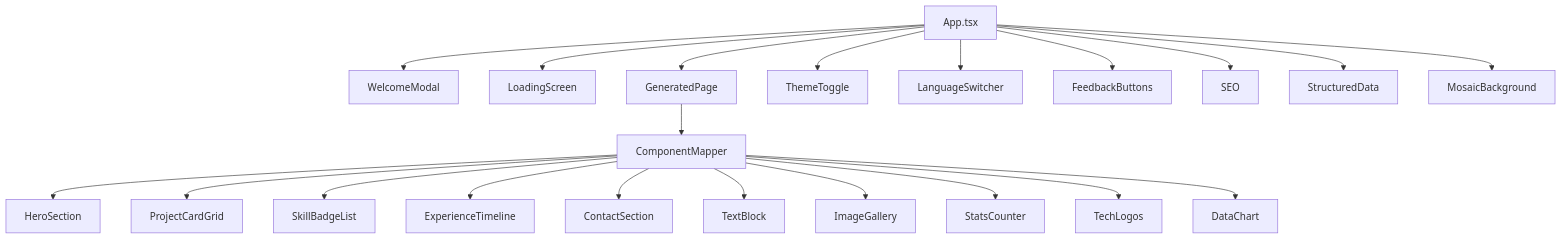
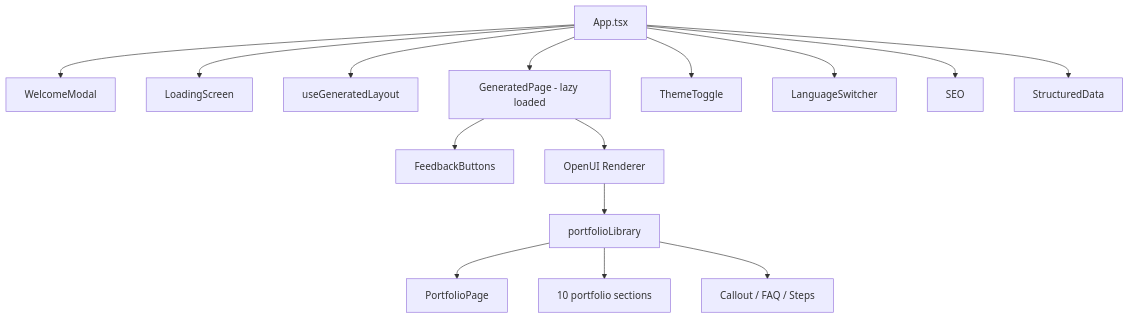
One commit to uetuluk/uetuluk-portfolio changed the third of 4 diagrams in ARCHITECTURE.md. Above: the diagram before and after it, drawn with Mermaid. The commit also changed other lines of this file and 15 other files, not shown here.

````diff
--- a/ARCHITECTURE.md
+++ b/ARCHITECTURE.md
@@ -26,23 +47,17 @@
 ```mermaid
 flowchart TD
     App[App.tsx] --> Modal[WelcomeModal]
     App --> Loading[LoadingScreen]
-    App --> Page[GeneratedPage]
+    App --> Hook[useGeneratedLayout]
+    App --> Page[GeneratedPage - lazy loaded]
     App --> Theme[ThemeToggle]
     App --> Lang[LanguageSwitcher]
-    App --> Feedback[FeedbackButtons]
     App --> SEO[SEO]
     App --> Schema[StructuredData]
-    App --> Mosaic[MosaicBackground]
-    Page --> Mapper[ComponentMapper]
-    Mapper --> Hero[HeroSection]
-    Mapper --> Cards[ProjectCardGrid]
-    Mapper --> Skills[SkillBadgeList]
-    Mapper --> Timeline[ExperienceTimeline]
-    Mapper --> Contact[ContactSection]
-    Mapper --> Text[TextBlock]
-    Mapper --> Gallery[ImageGallery]
-    Mapper --> Stats[StatsCounter]
-    Mapper --> TechLogo[TechLogos]
-    Mapper --> Chart[DataChart]
+    Page --> Feedback[FeedbackButtons]
+    Page --> Renderer[OpenUI Renderer]
+    Renderer --> Library[portfolioLibrary]
+    Library --> Root[PortfolioPage]
+    Library --> Sections[10 portfolio sections]
+    Library --> ReactUI[Callout / FAQ / Steps]
 ```
````
